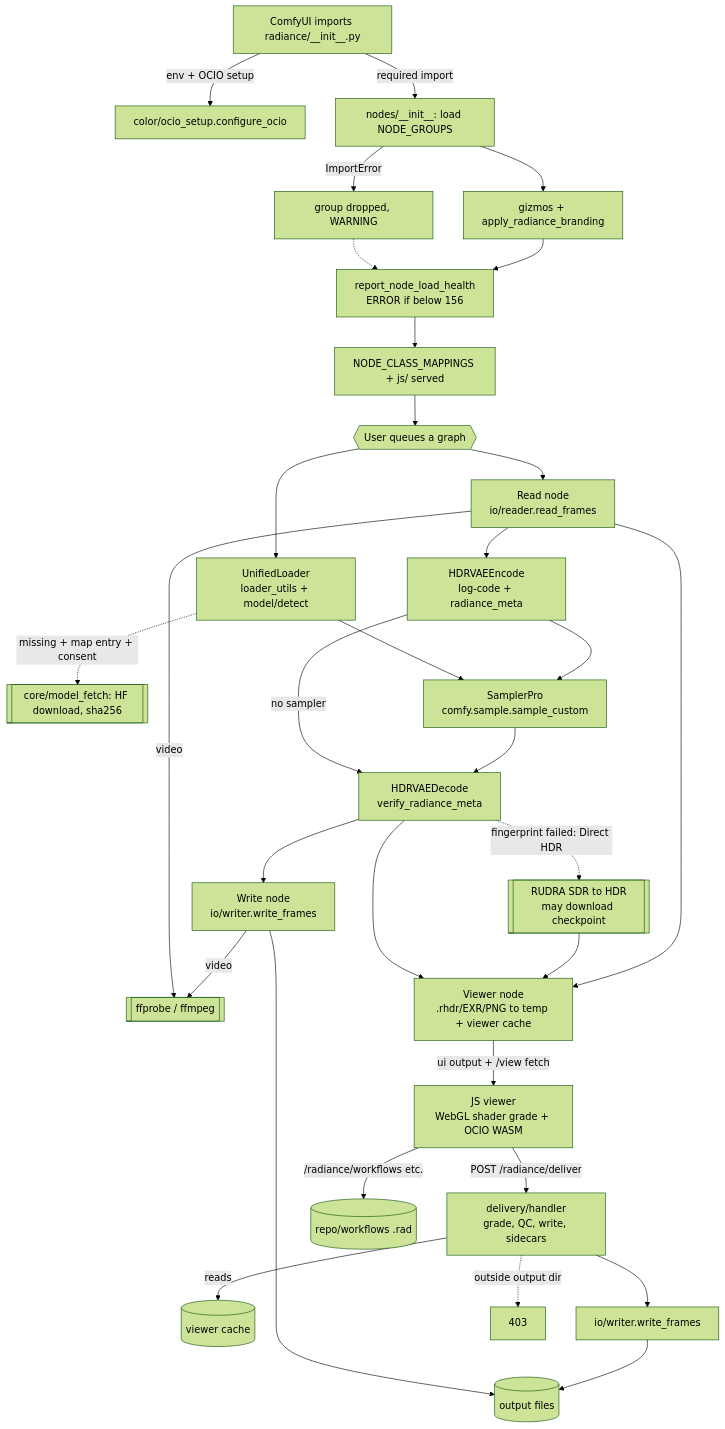
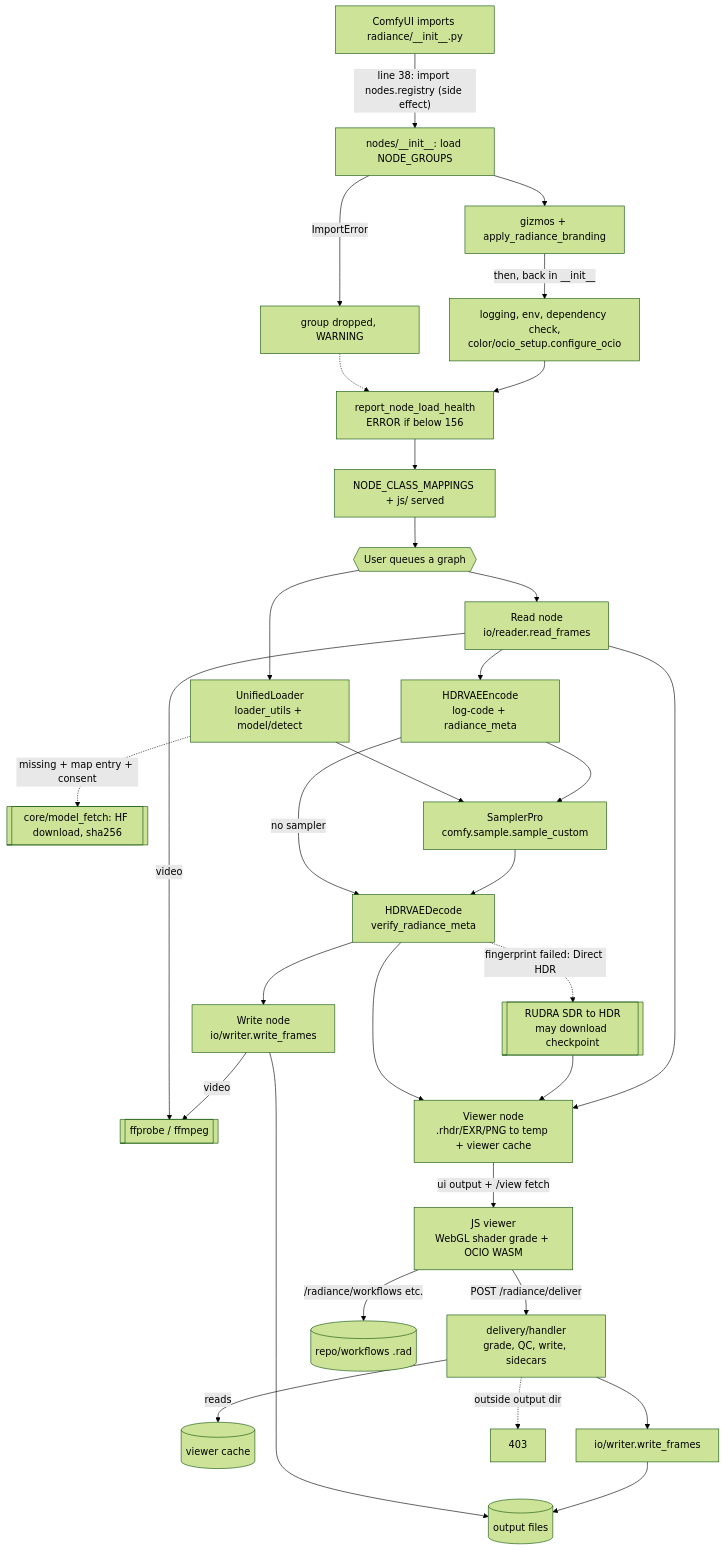
The diagram in docs/ai/diagrams/runtime-flow.mmd (FXTD-Studios/radiance), drawn with Mermaid (forest theme) before and after one commit. The commit also changed 10 other files, not shown here.

```diff
--- a/docs/ai/diagrams/runtime-flow.mmd
+++ b/docs/ai/diagrams/runtime-flow.mmd
@@ -1,35 +1,35 @@
 %% project-mapper:generated, static-analysis map (not a runtime trace), revision 7376f9e
 %% Legend: solid = observed call/data; dashed = conditional or failure path; [[ ]] = external process/service
 flowchart TD
-    A[ComfyUI imports radiance/__init__.py] -->|env + OCIO setup| B[color/ocio_setup.configure_ocio]
-    A -->|required import| C[nodes/__init__: load NODE_GROUPS]
+    A[ComfyUI imports radiance/__init__.py] -->|"line 38: import nodes.registry (side effect)"| C[nodes/__init__: load NODE_GROUPS]
     C -->|ImportError| C1[group dropped, WARNING]
+    C --> D[gizmos + apply_radiance_branding]
+    D -->|then, back in __init__| B[logging, env, dependency check,<br/>color/ocio_setup.configure_ocio]
     C1 -.-> H
-    C --> D[gizmos + apply_radiance_branding]
-    D --> H[report_node_load_health<br/>ERROR if below 156]
+    B --> H[report_node_load_health<br/>ERROR if below 156]
     H --> R[NODE_CLASS_MAPPINGS + js/ served]
 
     R --> Q{{User queues a graph}}
     Q --> L[UnifiedLoader<br/>loader_utils + model/detect]
     L -.->|missing + map entry + consent| DL[[core/model_fetch: HF download, sha256]]
     L --> S[SamplerPro<br/>comfy.sample.sample_custom]
     Q --> RD[Read node<br/>io/reader.read_frames]
     RD -->|video| FF[[ffprobe / ffmpeg]]
     RD --> ENC[HDRVAEEncode<br/>log-code + radiance_meta]
     ENC --> S
     ENC -->|no sampler| DEC
     S --> DEC[HDRVAEDecode<br/>verify_radiance_meta]
     DEC -.->|fingerprint failed: Direct HDR| U[[RUDRA SDR to HDR<br/>may download checkpoint]]
     DEC --> V[Viewer node<br/>.rhdr/EXR/PNG to temp + viewer cache]
     U --> V
     RD --> V
     DEC --> W[Write node<br/>io/writer.write_frames]
     W -->|video| FF
     W --> OUT[(output files)]
 
     V -->|ui output + /view fetch| JS[JS viewer<br/>WebGL shader grade + OCIO WASM]
     JS -->|POST /radiance/deliver| DLV[delivery/handler<br/>grade, QC, write, sidecars]
     DLV -->|reads| VC[(viewer cache)]
     DLV --> W2[io/writer.write_frames] --> OUT
     DLV -.->|outside output dir| E403[403]
     JS -->|/radiance/workflows etc.| WS[(repo/workflows .rad)]
```
